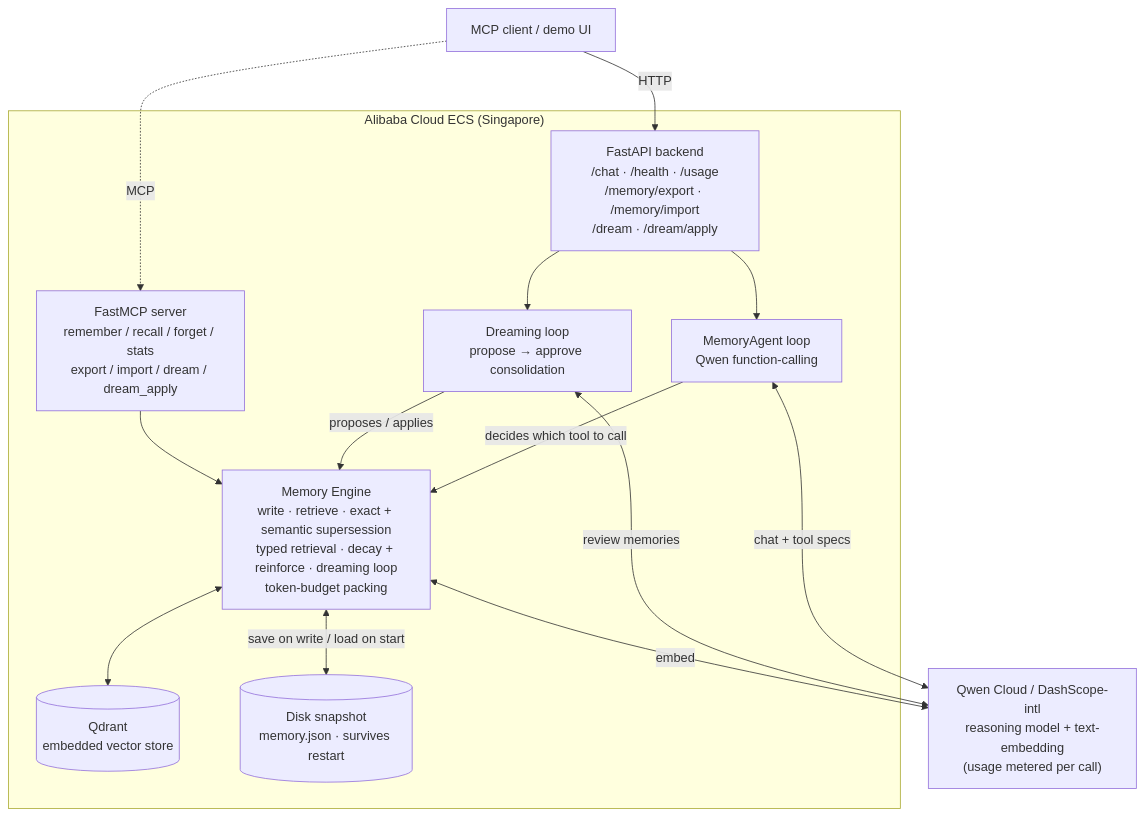
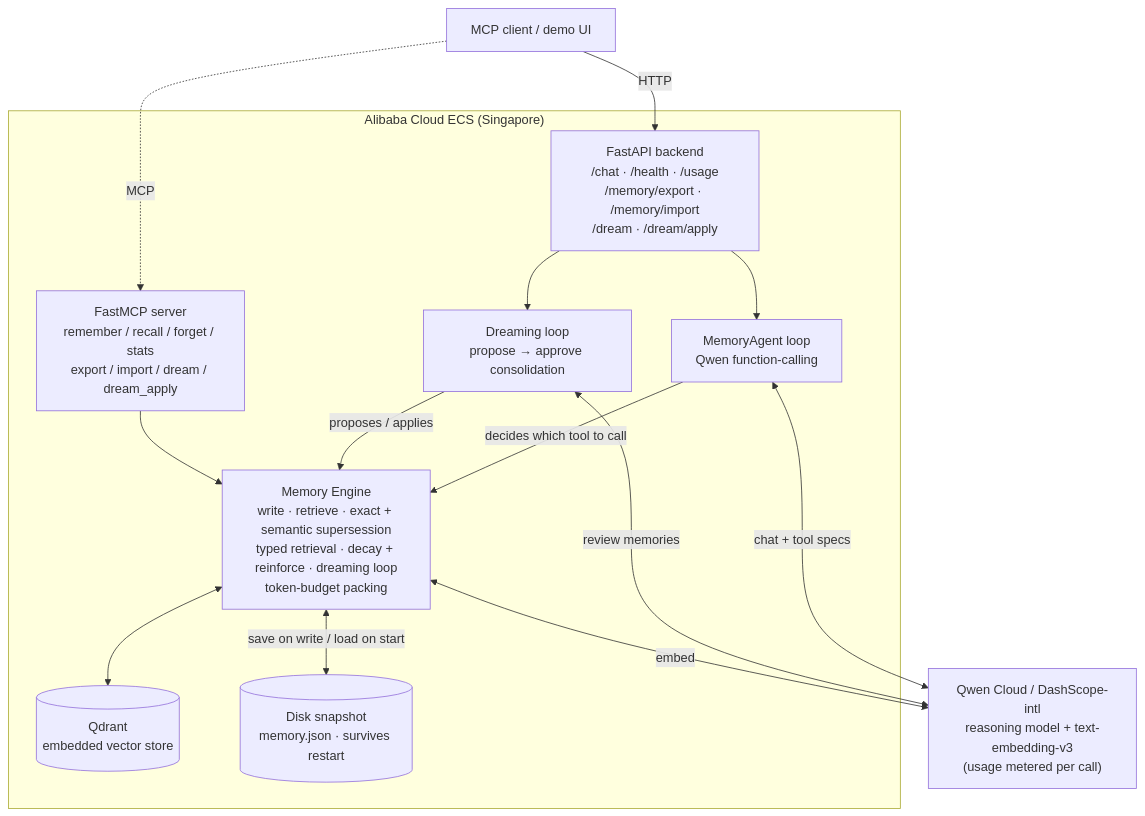
The diagram in README.md (rduffyuk/qwen-memory-agent), drawn with Mermaid before and after one commit. The commit also changed other lines of this file and 24 other files, not shown here.

````diff
--- a/README.md
+++ b/README.md
@@ -25,29 +25,29 @@
 ```mermaid
 flowchart TB
     U["MCP client / demo UI"]
 
     subgraph ecs["Alibaba Cloud ECS (Singapore)"]
         API["FastAPI backend<br/>/chat · /health · /usage<br/>/memory/export · /memory/import<br/>/dream · /dream/apply"]
         AGENT["MemoryAgent loop<br/>Qwen function-calling"]
         DREAM["Dreaming loop<br/>propose → approve consolidation"]
         MCP["FastMCP server<br/>remember / recall / forget / stats<br/>export / import / dream / dream_apply"]
         ENG["Memory Engine<br/>write · retrieve · exact + semantic supersession<br/>typed retrieval · decay + reinforce · dreaming loop<br/>token-budget packing"]
         QD[("Qdrant<br/>embedded vector store")]
         SNAP[("Disk snapshot<br/>memory.json · survives restart")]
     end
 
-    DS["Qwen Cloud / DashScope-intl<br/>reasoning model + text-embedding<br/>(usage metered per call)"]
+    DS["Qwen Cloud / DashScope-intl<br/>reasoning model + text-embedding-v3<br/>(usage metered per call)"]
 
     U -->|HTTP| API
     U -.->|MCP| MCP
     API --> AGENT
     API --> DREAM
     AGENT -->|"decides which tool to call"| ENG
     DREAM -->|"proposes / applies"| ENG
     MCP --> ENG
     AGENT <-->|"chat + tool specs"| DS
     DREAM <-->|"review memories"| DS
     ENG <-->|"embed"| DS
     ENG <--> QD
     ENG <-->|"save on write / load on start"| SNAP
 ```
````
